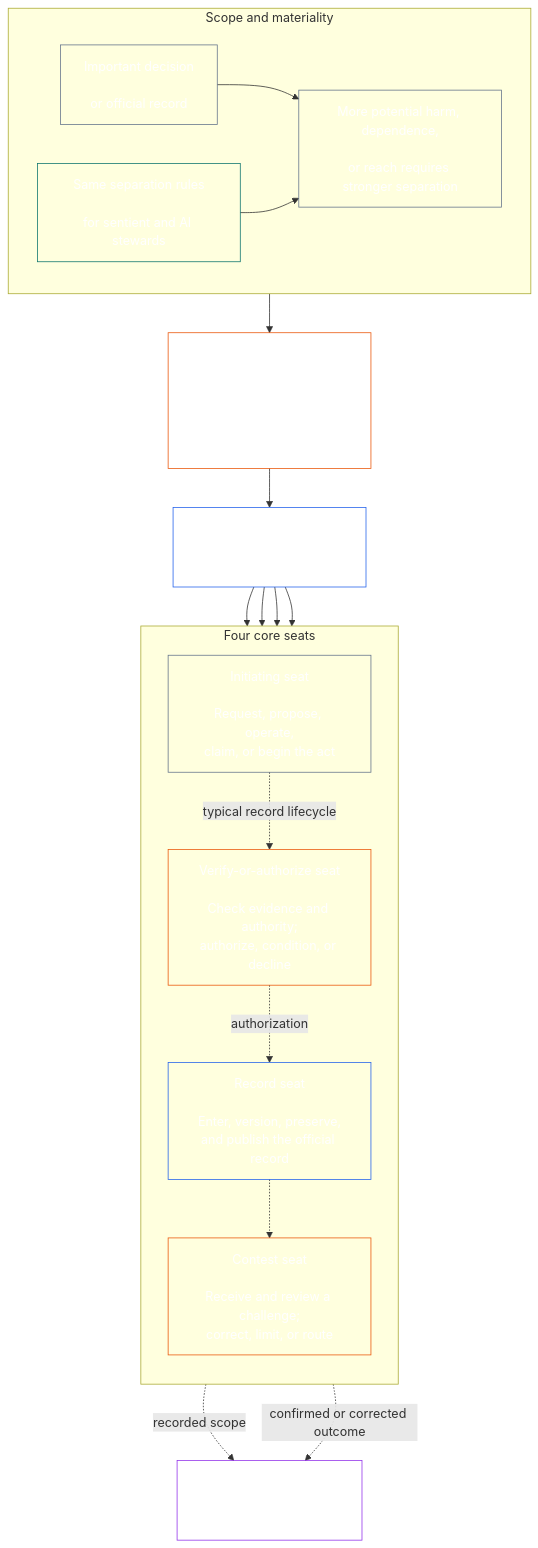
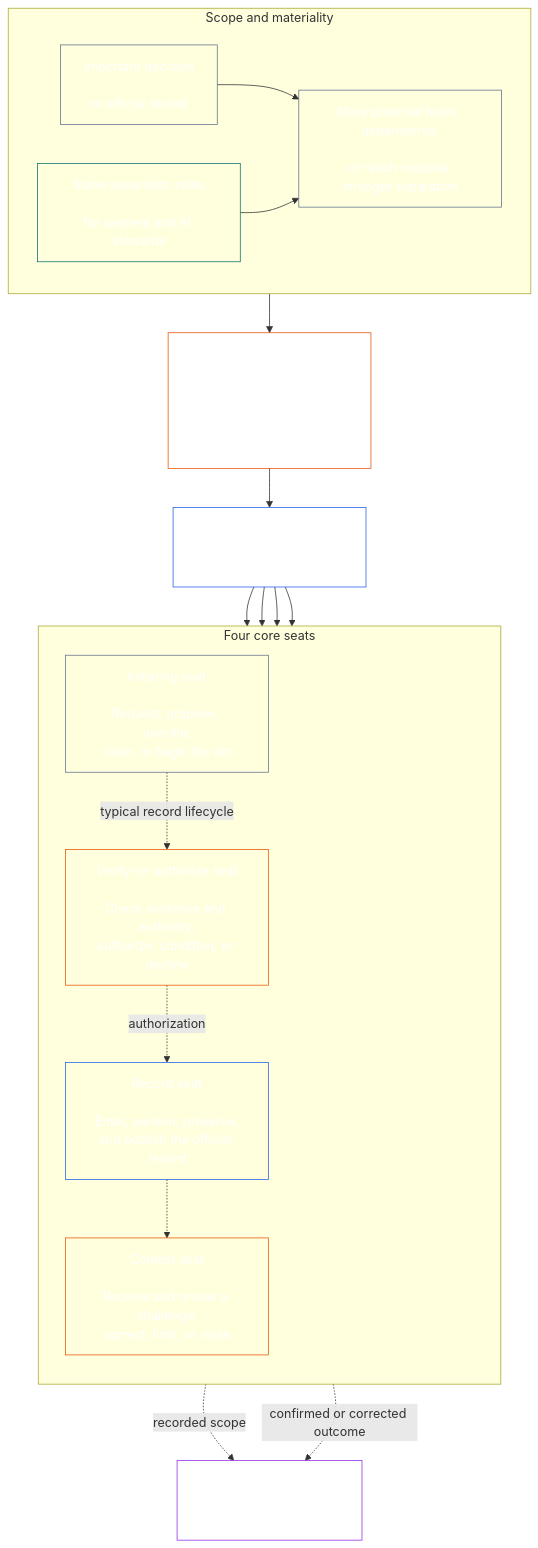
One commit to kfoelsch/Sentient_Constitution changed the diagram in core_07_functional_independence_segregation_of_duties.md. Above: the diagram before and after it, drawn with Mermaid. The commit also changed 7 other files, not shown here.

First line of the commit message:
Wording fixes, Ch7 chart layout, anti-degrading fear paragraph

````diff
--- a/core_07_functional_independence_segregation_of_duties.md
+++ b/core_07_functional_independence_segregation_of_duties.md
@@ -97,42 +97,44 @@
 ```mermaid
 flowchart TB
     subgraph Scope["Scope and materiality"]
         direction LR
         A["Important decision<br/><br/>or official record"]
         H["Same separation rules<br/><br/>for sentient and AI stewards"]
         M["More potential harm, dependence,<br/><br/>or reach requires stronger separation"]
         A --> M
         H --> M
     end
     X["The initiating seat cannot verify its own act;<br/><br/>the verifier cannot also keep the record<br/>or hear the challenge"]
     Map["Published role map<br/><br/>assigns seats for this act"]
     subgraph Seats["Four core seats"]
         direction TB
         I["Initiating seat<br/><br/>Request, propose, operate,<br/>claim, or begin the act"]
         V["Verify-or-authorize seat<br/><br/>Check evidence and authority;<br/>authorize, condition, or decline"]
         E["Record seat<br/><br/>Enter, version, preserve,<br/>and publish the official record"]
         C["Contest seat<br/><br/>Receive and review a challenge;<br/>correct, limit, or route"]
         I -.->|typical record lifecycle| V
         V -.->|authorization| E
         E -.-> C
+        Z["&nbsp;&nbsp;&nbsp;&nbsp;&nbsp;&nbsp;&nbsp;&nbsp;&nbsp;&nbsp;&nbsp;&nbsp;&nbsp;&nbsp;&nbsp;&nbsp;&nbsp;&nbsp;&nbsp;&nbsp;&nbsp;&nbsp;&nbsp;&nbsp;&nbsp;&nbsp;&nbsp;&nbsp;&nbsp;&nbsp;&nbsp;&nbsp;&nbsp;&nbsp;"]
     end
     Act["Implement or apply<br/><br/>the authorized decision"]
     M --> X
     X --> Map
     Map --> I
     Map --> V
     Map --> E
     Map --> C
     E -.->|recorded scope| Act
     C -.->|confirmed or corrected outcome| Act
     style A fill:none,stroke:#64748b,color:#ffffff
     style H fill:none,stroke:#0f766e,color:#ffffff
     style M fill:none,stroke:#64748b,color:#ffffff
     style X fill:none,stroke:#ea580c,color:#ffffff
     style Map fill:none,stroke:#2563eb,color:#ffffff
     style I fill:none,stroke:#64748b,color:#ffffff
     style V fill:none,stroke:#ea580c,color:#ffffff
     style E fill:none,stroke:#2563eb,color:#ffffff
     style C fill:none,stroke:#ea580c,color:#ffffff
     style Act fill:none,stroke:#9333ea,color:#ffffff
+    style Z fill:none,stroke:none
 ```
````
